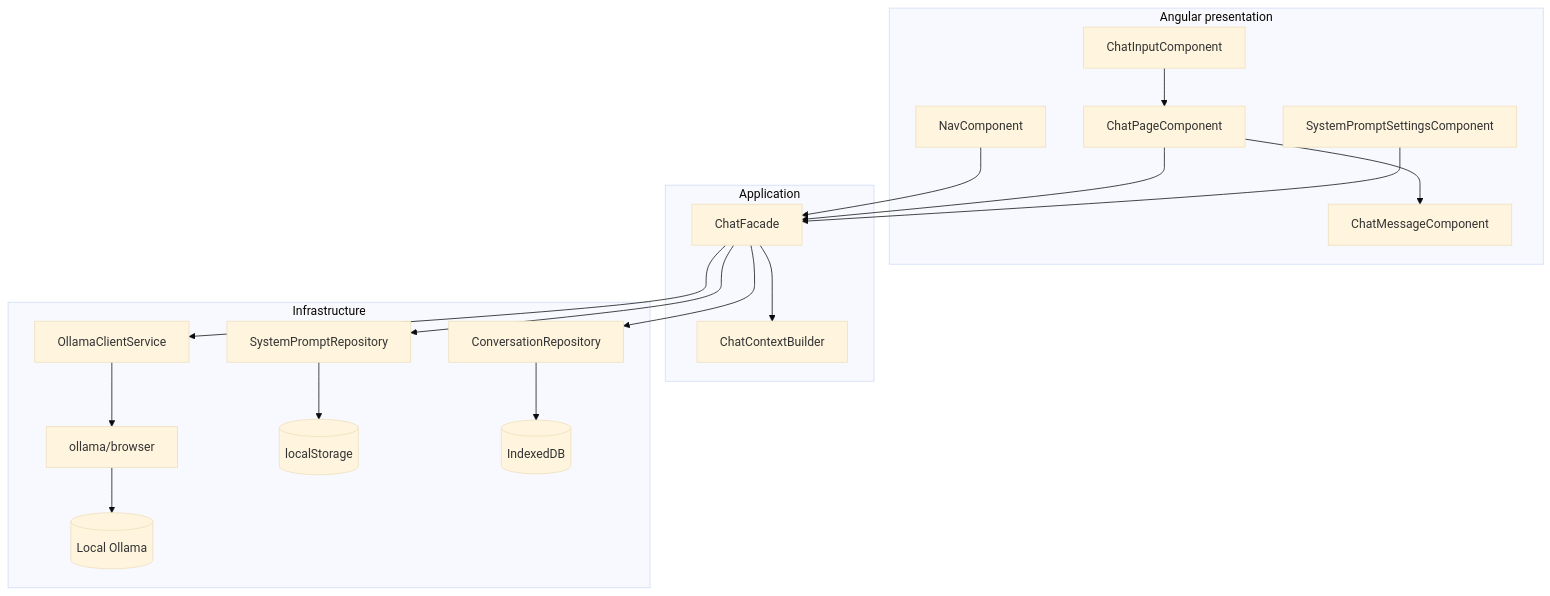
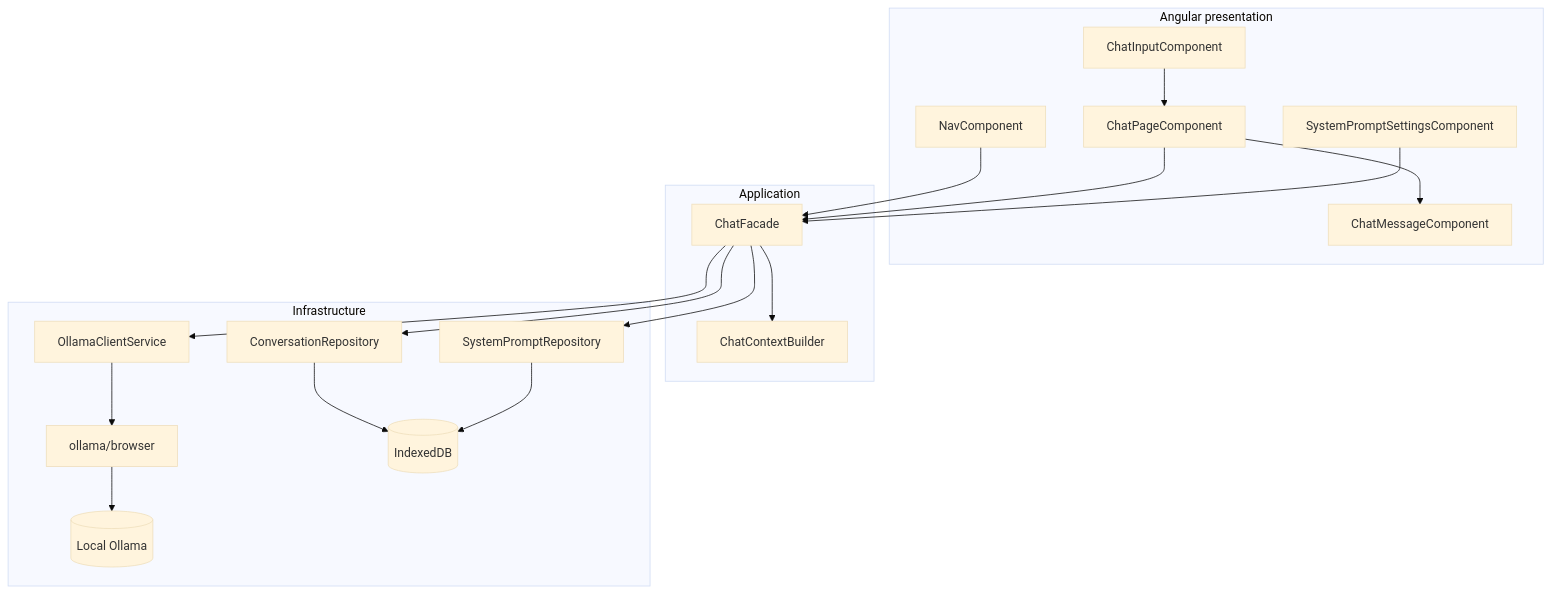
One commit to kereszteszsolt/local-nook-ai changed the first of 2 diagrams in docs/architecture.md. Above: the diagram before and after it, drawn with Mermaid (base theme). The commit also changed other lines of this file and 14 other files, not shown here.

````diff
--- a/docs/architecture.md
+++ b/docs/architecture.md
@@ -16,37 +16,36 @@
 ```mermaid
 flowchart TB
     subgraph UI[Angular presentation]
       NAV[NavComponent]
       PAGE[ChatPageComponent]
       INPUT[ChatInputComponent]
       MESSAGE[ChatMessageComponent]
       PROMPTS[SystemPromptSettingsComponent]
     end
 
     subgraph APP[Application]
       FACADE[ChatFacade]
       CONTEXT[ChatContextBuilder]
     end
 
     subgraph INFRA[Infrastructure]
       OCLIENT[OllamaClientService]
       PREPO[SystemPromptRepository]
       CREPO[ConversationRepository]
       SDK[ollama/browser]
-      LS[(localStorage)]
       IDB[(IndexedDB)]
       OLLAMA[(Local Ollama)]
     end
 
     NAV --> FACADE
     PAGE --> FACADE
     INPUT --> PAGE
     PAGE --> MESSAGE
     PROMPTS --> FACADE
     FACADE --> CONTEXT
     FACADE --> OCLIENT
     FACADE --> PREPO
     FACADE --> CREPO --> IDB
     OCLIENT --> SDK --> OLLAMA
-    PREPO --> LS
+    PREPO --> IDB
 ```
````
